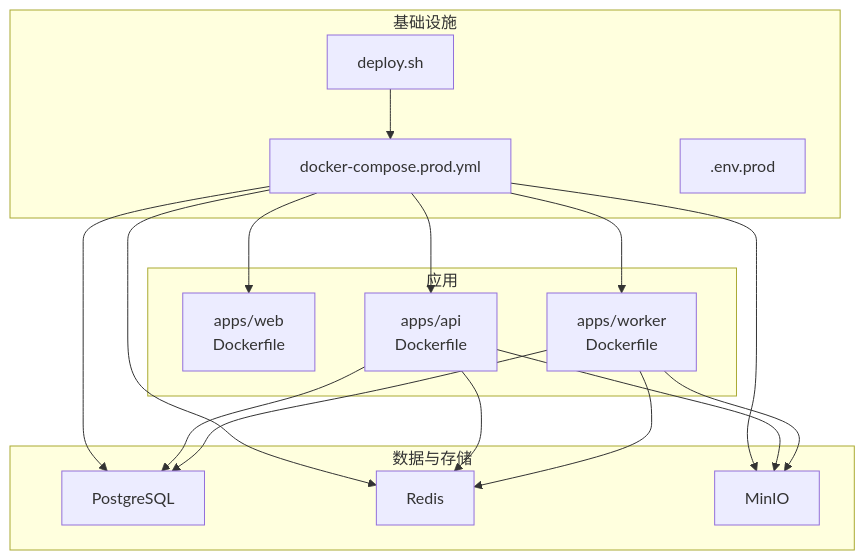
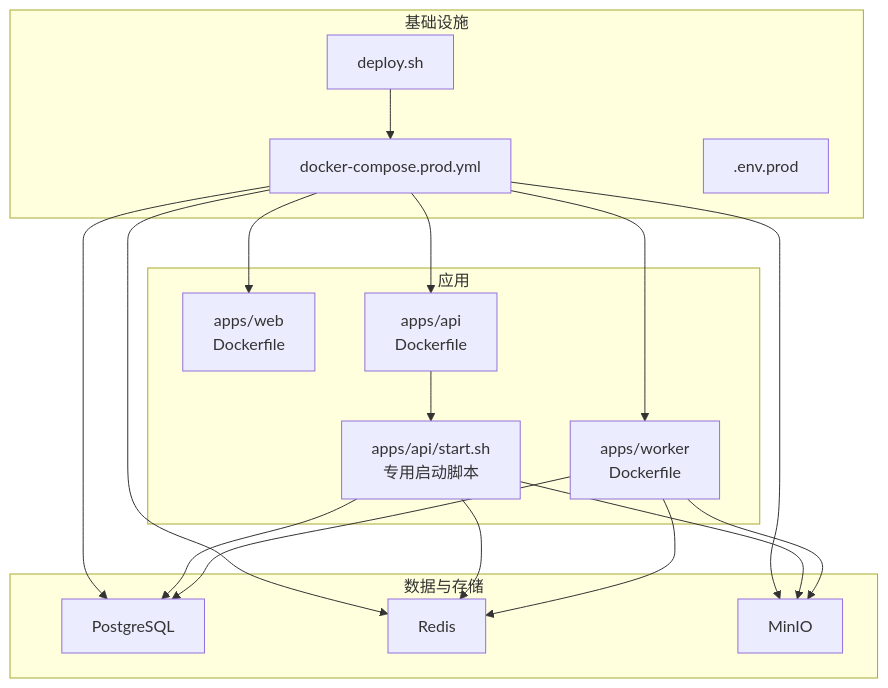
One commit to selectzhangyuan/AI-photo-coach changed the first of 5 diagrams in .qoder/repowiki/zh/content/部署和运维/部署脚本和自动化.md. Above: the diagram before and after it, drawn with Mermaid. The commit also changed other lines of this file and 28 other files, not shown here.

````diff
--- a/.qoder/repowiki/zh/content/部署和运维/部署脚本和自动化.md
+++ b/.qoder/repowiki/zh/content/部署和运维/部署脚本和自动化.md
@@ -34,31 +47,33 @@
 ```mermaid
 graph TB
 subgraph "基础设施"
 DCOM["docker-compose.prod.yml"]
 ENV[".env.prod"]
 DEPLOY["deploy.sh"]
 end
 subgraph "应用"
 WEB["apps/web<br/>Dockerfile"]
 API["apps/api<br/>Dockerfile"]
 WORKER["apps/worker<br/>Dockerfile"]
+START["apps/api/start.sh<br/>专用启动脚本"]
 end
 subgraph "数据与存储"
 PG["PostgreSQL"]
 REDIS["Redis"]
 MINIO["MinIO"]
 end
 DEPLOY --> DCOM
 DCOM --> WEB
 DCOM --> API
 DCOM --> WORKER
 DCOM --> PG
 DCOM --> REDIS
 DCOM --> MINIO
-API --> PG
-API --> REDIS
-API --> MINIO
+API --> START
+START --> PG
+START --> REDIS
+START --> MINIO
 WORKER --> PG
 WORKER --> REDIS
 WORKER --> MINIO
 ```
````
